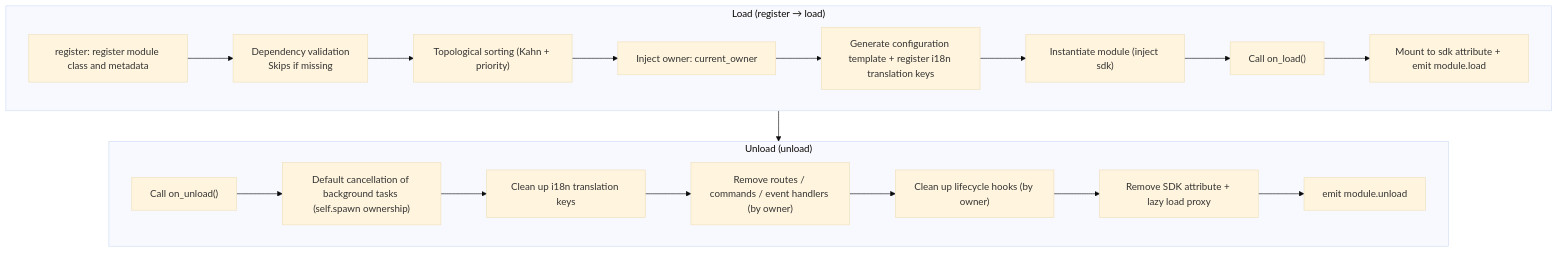
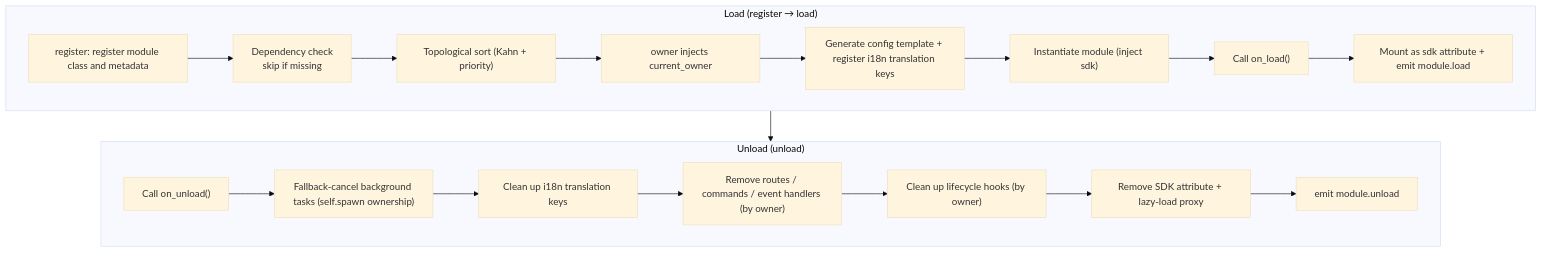
The diagram in docs/en/developer-guide/modules/core-concepts.md (ErisPulse/ErisPulse), drawn with Mermaid (base theme) before and after one commit. The commit also changed other lines of this file and 124 other files, not shown here.

````diff
--- a/docs/en/developer-guide/modules/core-concepts.md
+++ b/docs/en/developer-guide/modules/core-concepts.md
@@ -111,23 +112,23 @@
 ```mermaid
 flowchart TD
     subgraph Load["Load (register → load)"]
-        L1["register: register module class and metadata"] --> L2["Dependency validation<br/>Skips if missing"]
-        L2 --> L3["Topological sorting (Kahn + priority)"]
-        L3 --> L4["Inject owner: current_owner"]
-        L4 --> L5["Generate configuration template + register i18n translation keys"]
+        L1["register: register module class and metadata"] --> L2["Dependency check<br/>skip if missing"]
+        L2 --> L3["Topological sort (Kahn + priority)"]
+        L3 --> L4["owner injects current_owner"]
+        L4 --> L5["Generate config template + register i18n translation keys"]
         L5 --> L6["Instantiate module (inject sdk)"]
         L6 --> L7["Call on_load()"]
-        L7 --> L8["Mount to sdk attribute + emit module.load"]
+        L7 --> L8["Mount as sdk attribute + emit module.load"]
     end
 
     subgraph Unload["Unload (unload)"]
-        U1["Call on_unload()"] --> U2["Default cancellation of background tasks (self.spawn ownership)"]
+        U1["Call on_unload()"] --> U2["Fallback-cancel background tasks (self.spawn ownership)"]
         U2 --> U3["Clean up i18n translation keys"]
         U3 --> U4["Remove routes / commands / event handlers (by owner)"]
         U4 --> U5["Clean up lifecycle hooks (by owner)"]
-        U5 --> U6["Remove SDK attribute + lazy load proxy"]
+        U5 --> U6["Remove SDK attribute + lazy-load proxy"]
         U6 --> U7["emit module.unload"]
     end
 
     Load --> Unload
 ```
````
